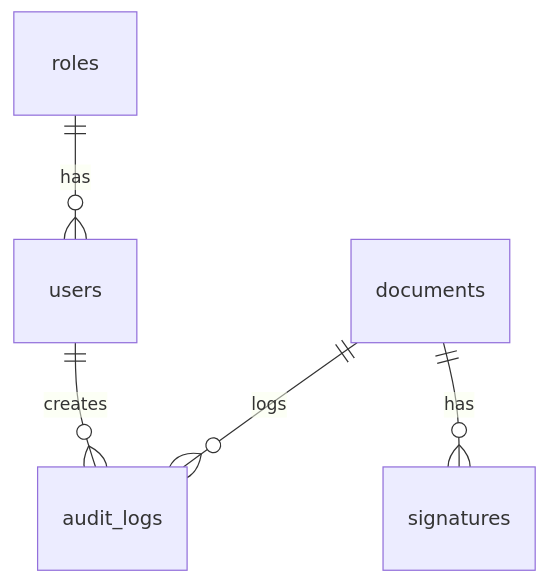
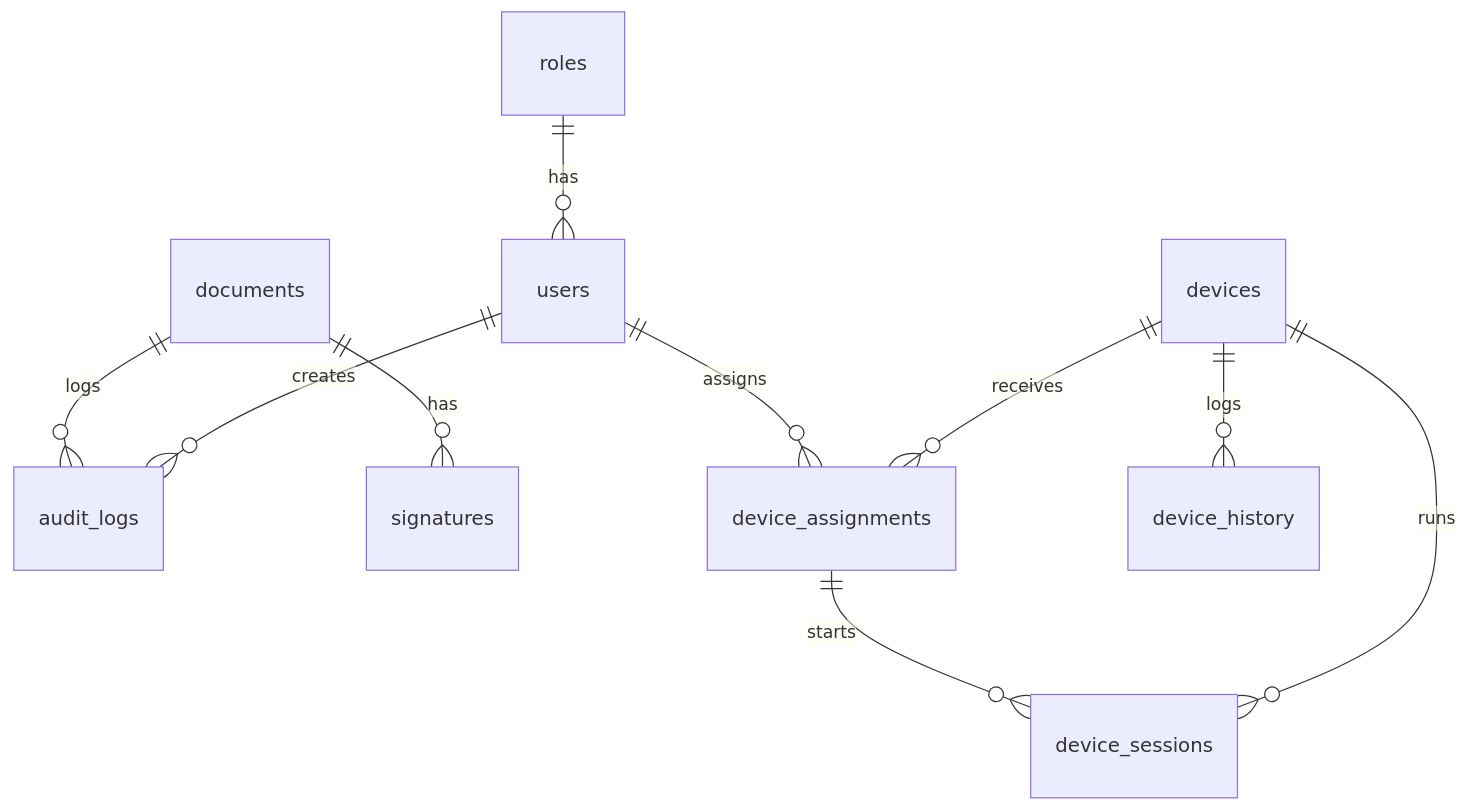
One commit to dareinelt/PatSign changed the diagram in docs/datenbankschema.md. Above: the diagram before and after it, drawn with Mermaid. The commit also changed other lines of this file and 30 other files, not shown here.

````diff
--- a/docs/datenbankschema.md
+++ b/docs/datenbankschema.md
@@ -7,7 +7,12 @@
 ```mermaid
 erDiagram
   roles ||--o{ users : has
   users ||--o{ audit_logs : creates
   documents ||--o{ signatures : has
   documents ||--o{ audit_logs : logs
+  devices ||--o{ device_assignments : receives
+  devices ||--o{ device_sessions : runs
+  devices ||--o{ device_history : logs
+  device_assignments ||--o{ device_sessions : starts
+  users ||--o{ device_assignments : assigns
 ```
````
